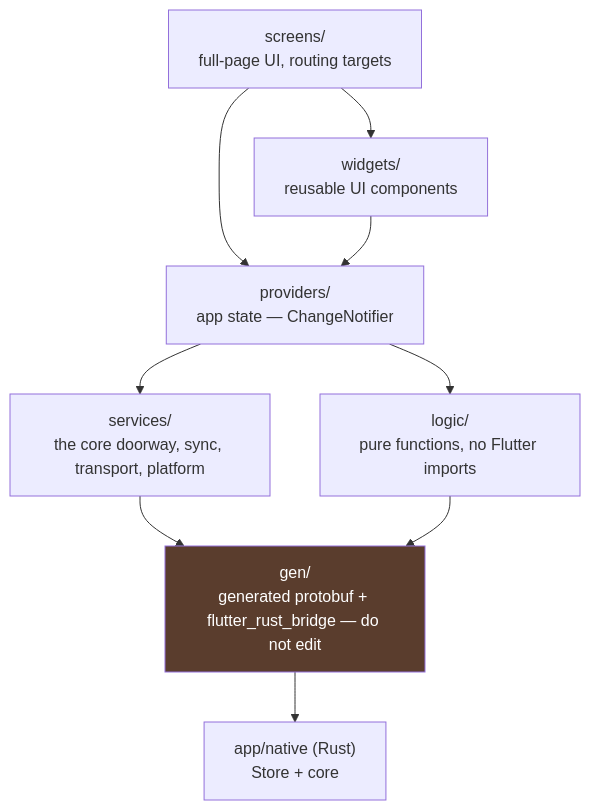
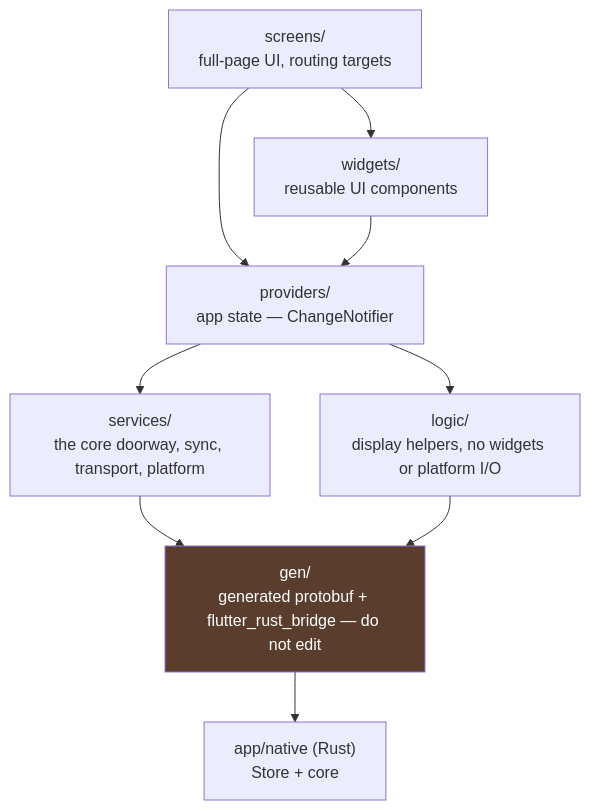
The first of 6 diagrams in docs/architecture/app.md (brensch/lift), drawn with Mermaid before and after one commit. The commit also changed other lines of this file and 7 other files, not shown here.

````diff
--- a/docs/architecture/app.md
+++ b/docs/architecture/app.md
@@ -10,21 +10,21 @@
 ```mermaid
 graph TD
     screens["screens/<br/>full-page UI, routing targets"]
     widgets["widgets/<br/>reusable UI components"]
     providers["providers/<br/>app state — ChangeNotifier"]
     services["services/<br/>the core doorway, sync, transport, platform"]
-    logic["logic/<br/>pure functions, no Flutter imports"]
+    logic["logic/<br/>display helpers, no widgets or platform I/O"]
     gen["gen/<br/>generated protobuf + flutter_rust_bridge — do not edit"]
     native["app/native (Rust)<br/>Store + core"]
 
     screens --> widgets
     screens --> providers
     widgets --> providers
     providers --> services
     providers --> logic
     services --> gen
     gen --> native
     logic --> gen
 
     style gen fill:#5a3d2d,color:#fff
 ```
````
